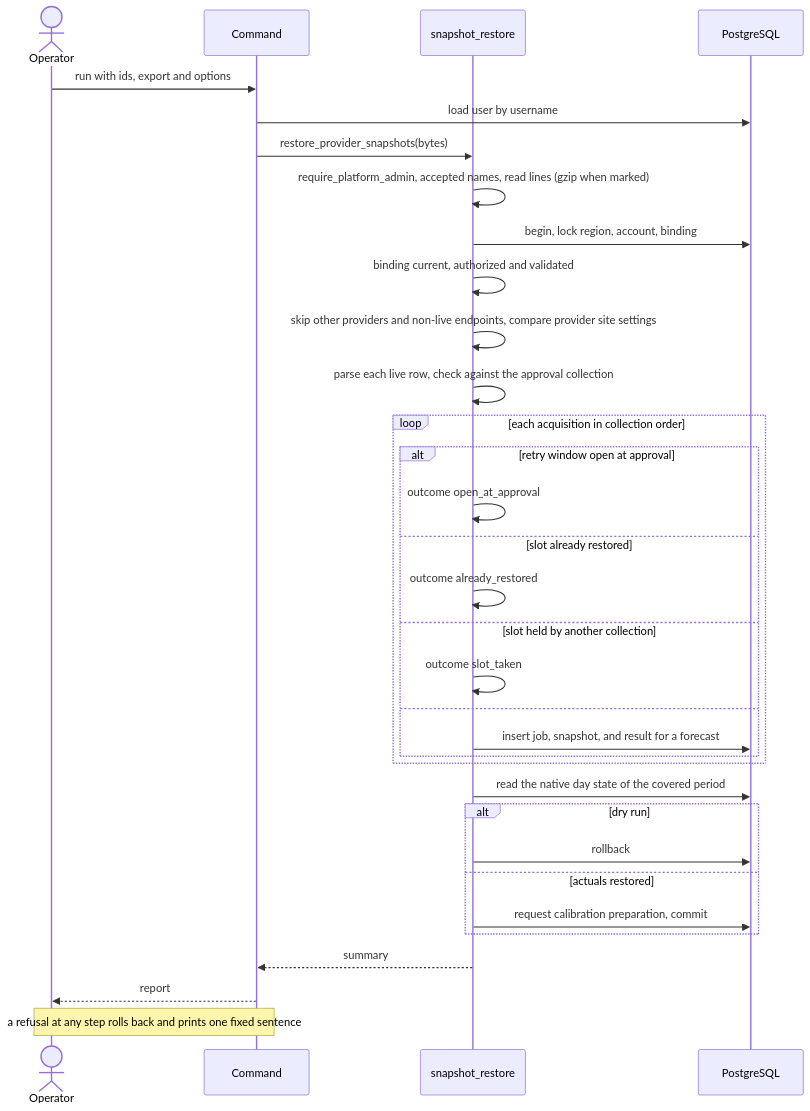
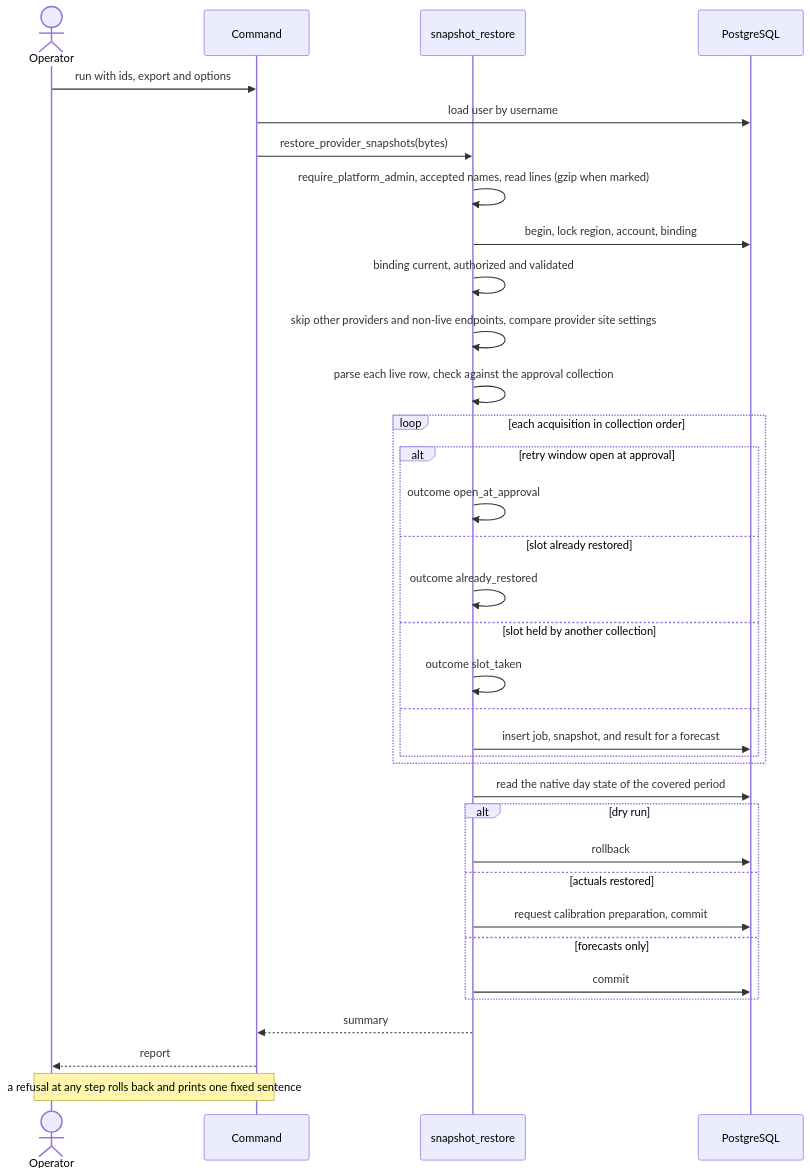
Before and after one commit to erkurtharun/pyracast: the diagram in docs/flows/provider-snapshot-restore.md, drawn with Mermaid. The commit also changed other lines of this file and 30 other files, not shown here.

First line of the commit message:
Correct the flow pages where a review found them stating what the code does not do

````diff
--- a/docs/flows/provider-snapshot-restore.md
+++ b/docs/flows/provider-snapshot-restore.md
@@ -12,35 +12,37 @@
 ```mermaid
 sequenceDiagram
     actor Op as Operator
     participant Cmd as Command
     participant Svc as snapshot_restore
     participant DB as PostgreSQL
     Op->>Cmd: run with ids, export and options
     Cmd->>DB: load user by username
     Cmd->>Svc: restore_provider_snapshots(bytes)
     Svc->>Svc: require_platform_admin, accepted names, read lines (gzip when marked)
     Svc->>DB: begin, lock region, account, binding
     Svc->>Svc: binding current, authorized and validated
     Svc->>Svc: skip other providers and non-live endpoints, compare provider site settings
     Svc->>Svc: parse each live row, check against the approval collection
     loop each acquisition in collection order
         alt retry window open at approval
             Svc->>Svc: outcome open_at_approval
         else slot already restored
             Svc->>Svc: outcome already_restored
         else slot held by another collection
             Svc->>Svc: outcome slot_taken
         else
             Svc->>DB: insert job, snapshot, and result for a forecast
         end
     end
     Svc->>DB: read the native day state of the covered period
     alt dry run
         Svc->>DB: rollback
     else actuals restored
         Svc->>DB: request calibration preparation, commit
+    else forecasts only
+        Svc->>DB: commit
     end
     Svc-->>Cmd: summary
     Cmd-->>Op: report
     Note over Cmd,Op: a refusal at any step rolls back and prints one fixed sentence
 ```
````
